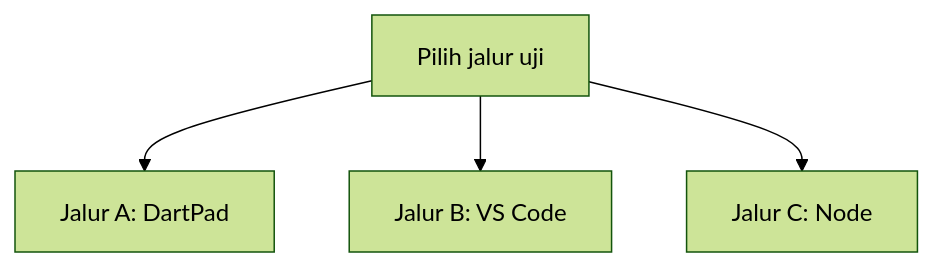
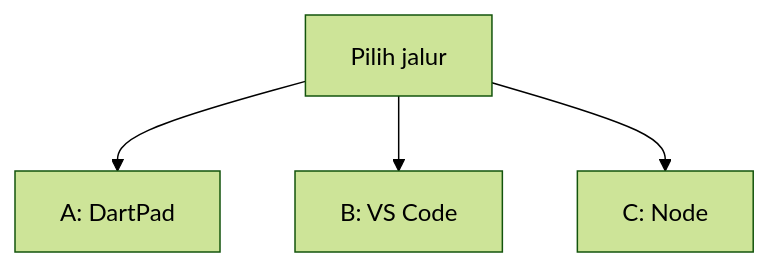
The first of 7 diagrams in modul-07-rest/README.md (antonprafanto/mobile2026), drawn with Mermaid (forest theme) before and after one commit. The commit also changed other lines of this file and 2 other files, not shown here.

Commit message:
Clarify Modul 07 after GitHub preview so mermaid labels fit and localhost is not one address.

````diff
--- a/modul-07-rest/README.md
+++ b/modul-07-rest/README.md
@@ -23,7 +23,7 @@
 ```mermaid
 flowchart TB
-  Pilih["Pilih jalur uji"]
-  Pilih --> A["Jalur A: DartPad"]
-  Pilih --> B["Jalur B: VS Code"]
-  Pilih --> C["Jalur C: Node"]
+  Pilih["Pilih jalur"]
+  Pilih --> A["A: DartPad"]
+  Pilih --> B["B: VS Code"]
+  Pilih --> C["C: Node"]
 ```
````
